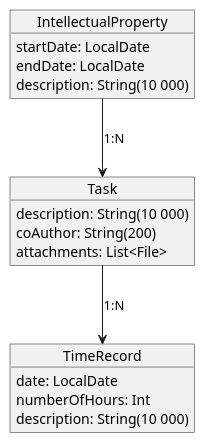
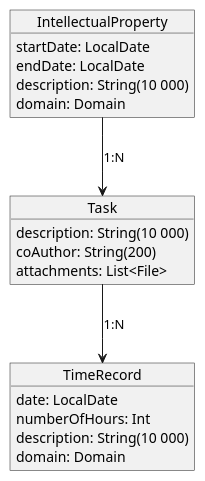
The diagram in src/main/resources/diagrams/intelectual-property.puml (slawekgrzegorzewski/sg-server-app), drawn with PlantUML before and after one commit. The commit also changed 3 other files, not shown here.

```diff
--- a/src/main/resources/diagrams/intelectual-property.puml
+++ b/src/main/resources/diagrams/intelectual-property.puml
@@ -1,24 +1,26 @@
 @startuml
 
 object IntellectualProperty {
     startDate: LocalDate
     endDate: LocalDate
     description: String(10 000)
+    domain: Domain
 }
 
 object Task {
     description: String(10 000)
     coAuthor: String(200)
     attachments: List<File>
 }
 
 object TimeRecord {
     date: LocalDate
     numberOfHours: Int
     description: String(10 000)
+    domain: Domain
 }
 
 IntellectualProperty --> Task: 1:N
 Task --> TimeRecord: 1:N
 
 @enduml
```
